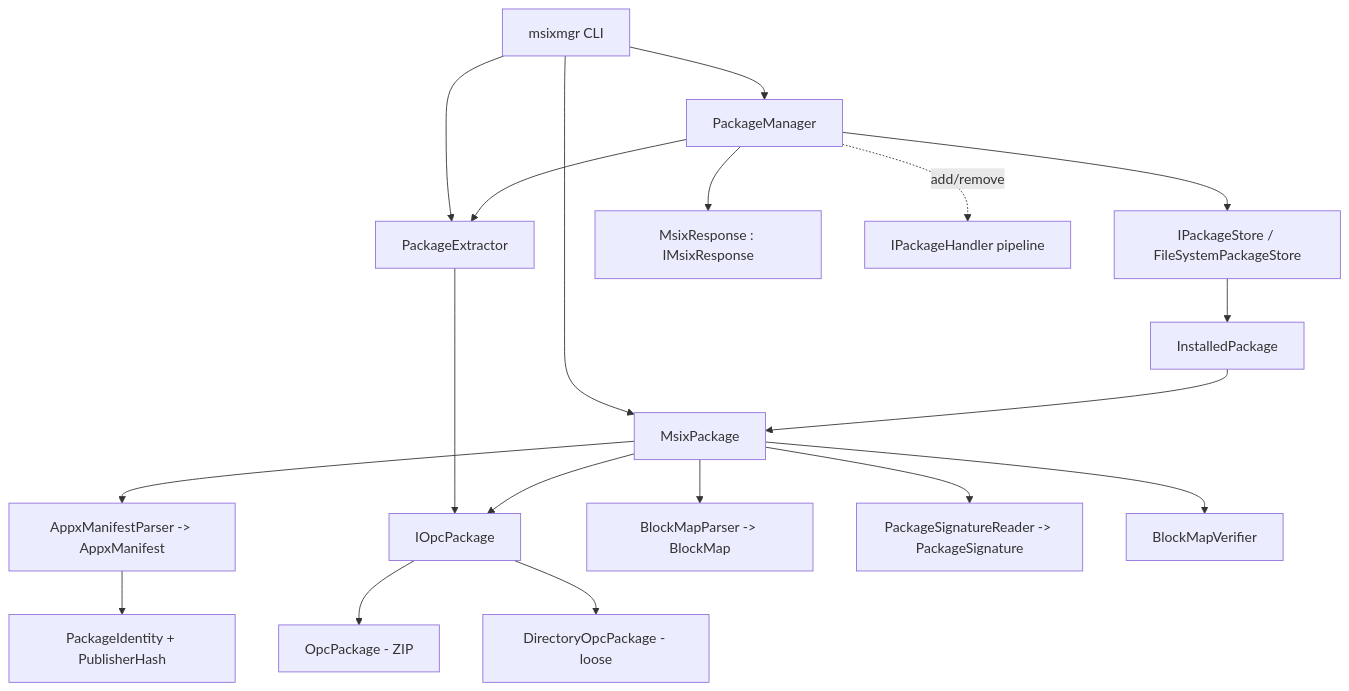
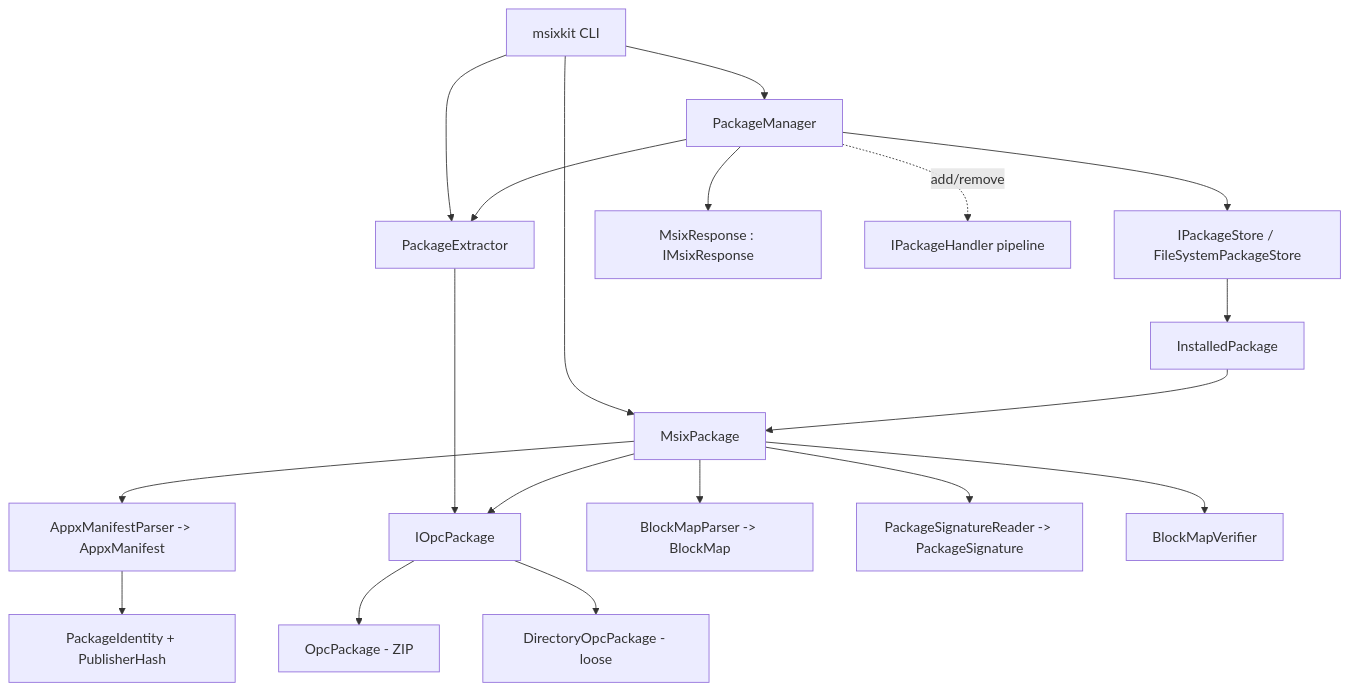
One commit to aclinick/msixcore changed the diagram in docs/architecture.md. Above: the diagram before and after it, drawn with Mermaid. The commit also changed other lines of this file and 105 other files, not shown here.

First line of the commit message:
Rename msixmgr to msixkit and MsixCore.Deployment to MsixCore.PackageStore (#61)

````diff
--- a/docs/architecture.md
+++ b/docs/architecture.md
@@ -38,21 +38,21 @@
 ```mermaid
 flowchart TD
-    CLI[msixmgr CLI] --> PKG[MsixPackage]
+    CLI[msixkit CLI] --> PKG[MsixPackage]
     CLI --> PM[PackageManager]
     CLI --> EXT[PackageExtractor]
     PM --> STORE[IPackageStore / FileSystemPackageStore]
     PM --> EXT
     PM --> RESP[MsixResponse : IMsixResponse]
     STORE --> INST[InstalledPackage]
     INST --> PKG
     PM -. add/remove .-> HANDLERS[IPackageHandler pipeline]
     EXT --> OPC
     PKG --> MANI[AppxManifestParser -> AppxManifest]
     PKG --> BM[BlockMapParser -> BlockMap]
     PKG --> SIG[PackageSignatureReader -> PackageSignature]
     PKG --> VERIFY[BlockMapVerifier]
     MANI --> ID[PackageIdentity + PublisherHash]
     PKG --> OPC[IOpcPackage]
     OPC --> ZIP[OpcPackage - ZIP]
     OPC --> DIR[DirectoryOpcPackage - loose]
 ```
````
